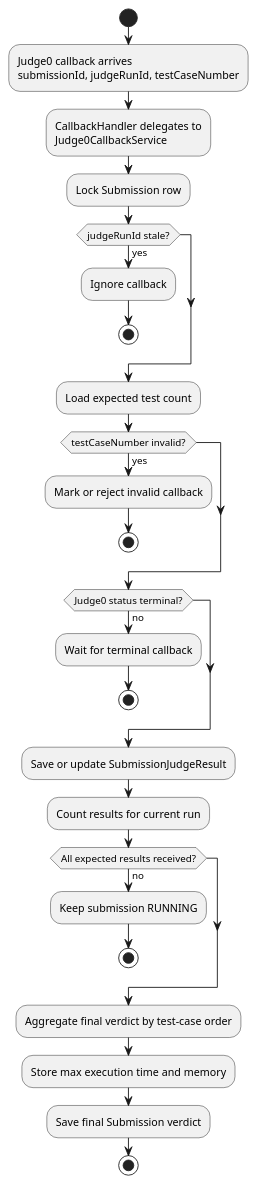
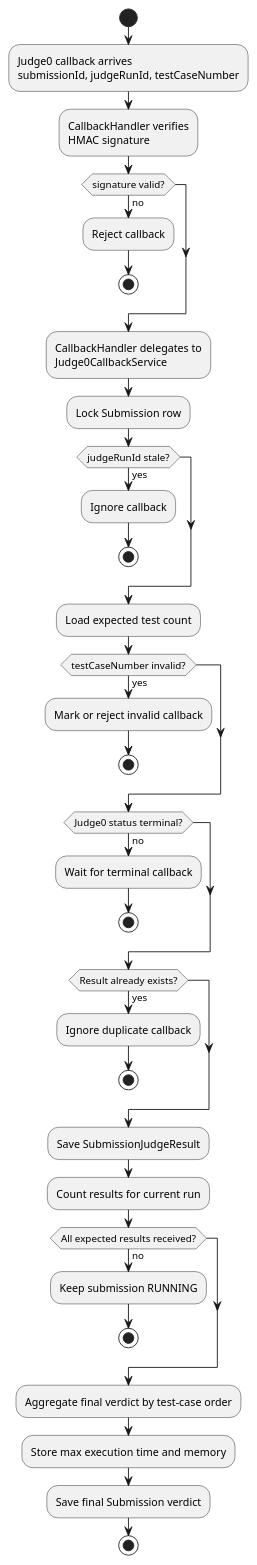
The tenth of 17 diagrams in docs/report-rebuild/diagram-prompts.md (AuraC-graduate-project/AuraC2), drawn with PlantUML before and after one commit. The commit also changed other lines of this file and 20 other files, not shown here.

````diff
--- a/docs/report-rebuild/diagram-prompts.md
+++ b/docs/report-rebuild/diagram-prompts.md
@@ -378,31 +378,40 @@
 ```plantuml
 @startuml
 start
 :Judge0 callback arrives\nsubmissionId, judgeRunId, testCaseNumber;
+:CallbackHandler verifies\nHMAC signature;
+if (signature valid?) then (no)
+  :Reject callback;
+  stop
+endif
 :CallbackHandler delegates to\nJudge0CallbackService;
 :Lock Submission row;
 if (judgeRunId stale?) then (yes)
   :Ignore callback;
   stop
 endif
 :Load expected test count;
 if (testCaseNumber invalid?) then (yes)
   :Mark or reject invalid callback;
   stop
 endif
 if (Judge0 status terminal?) then (no)
   :Wait for terminal callback;
   stop
 endif
-:Save or update SubmissionJudgeResult;
+if (Result already exists?) then (yes)
+  :Ignore duplicate callback;
+  stop
+endif
+:Save SubmissionJudgeResult;
 :Count results for current run;
 if (All expected results received?) then (no)
   :Keep submission RUNNING;
   stop
 endif
 :Aggregate final verdict by test-case order;
 :Store max execution time and memory;
 :Save final Submission verdict;
 stop
 @enduml
 ```
````
